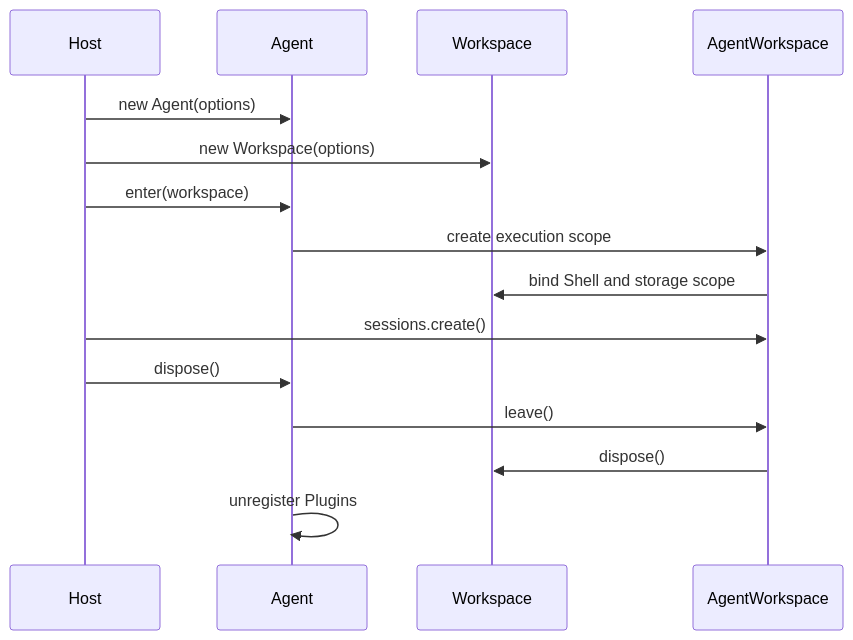
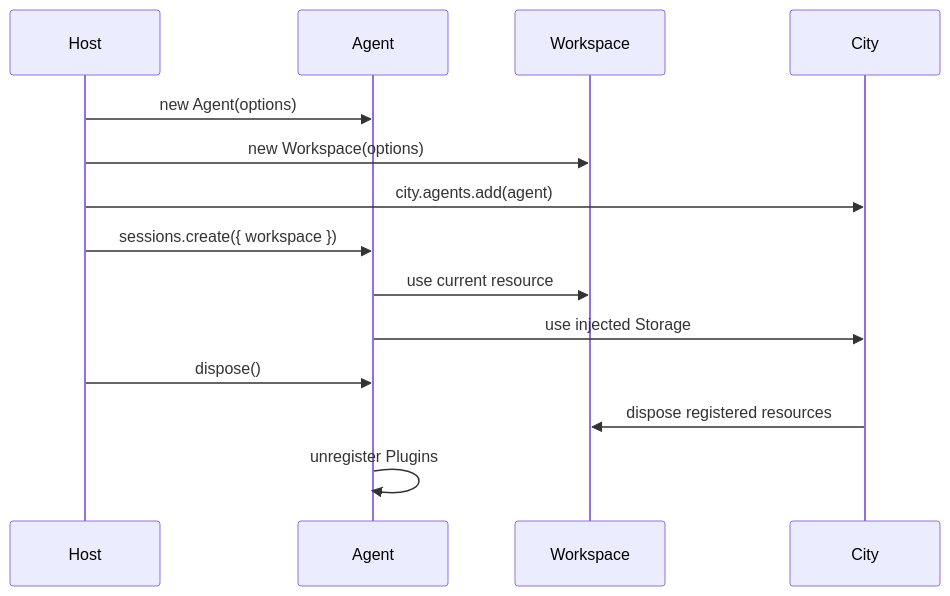
Before and after one commit to genesiscosmos/downcity: the second of 2 diagrams in homepage/content/docs/en/agent/sdk-architecture.mdx, drawn with Mermaid. The commit also changed other lines of this file and 94 other files, not shown here.

Commit message:
refactor(city): unify agent storage ownership

````diff
--- a/homepage/content/docs/en/agent/sdk-architecture.mdx
+++ b/homepage/content/docs/en/agent/sdk-architecture.mdx
@@ -147,17 +143,16 @@
 ```mermaid
 sequenceDiagram
     participant Host
     participant Agent
     participant Workspace
-    participant AW as AgentWorkspace
+    participant City
     Host->>Agent: new Agent(options)
     Host->>Workspace: new Workspace(options)
-    Host->>Agent: enter(workspace)
-    Agent->>AW: create execution scope
-    AW->>Workspace: bind Shell and storage scope
-    Host->>AW: sessions.create()
+    Host->>City: city.agents.add(agent)
+    Host->>Agent: sessions.create({ workspace })
+    Agent->>Workspace: use current resource
+    Agent->>City: use injected Storage
     Host->>Agent: dispose()
-    Agent->>AW: leave()
-    AW->>Workspace: dispose()
+    City->>Workspace: dispose registered resources
     Agent->>Agent: unregister Plugins
 ```
````
